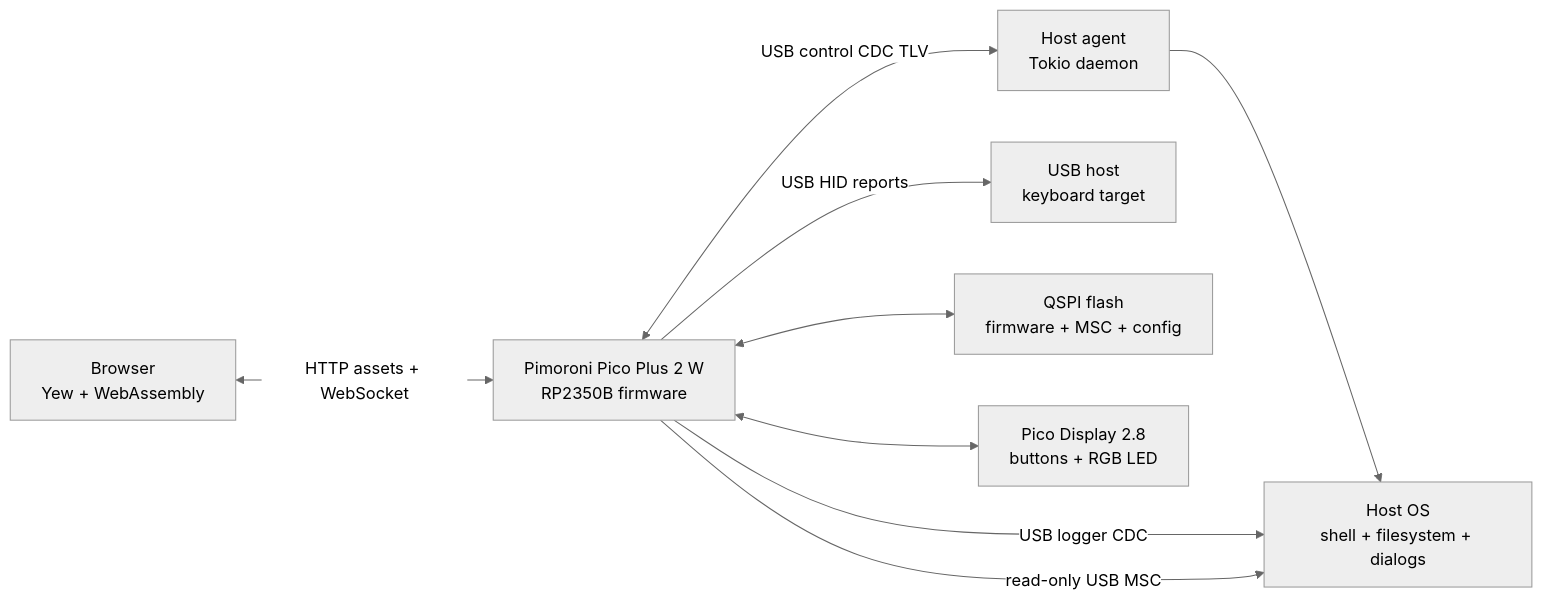
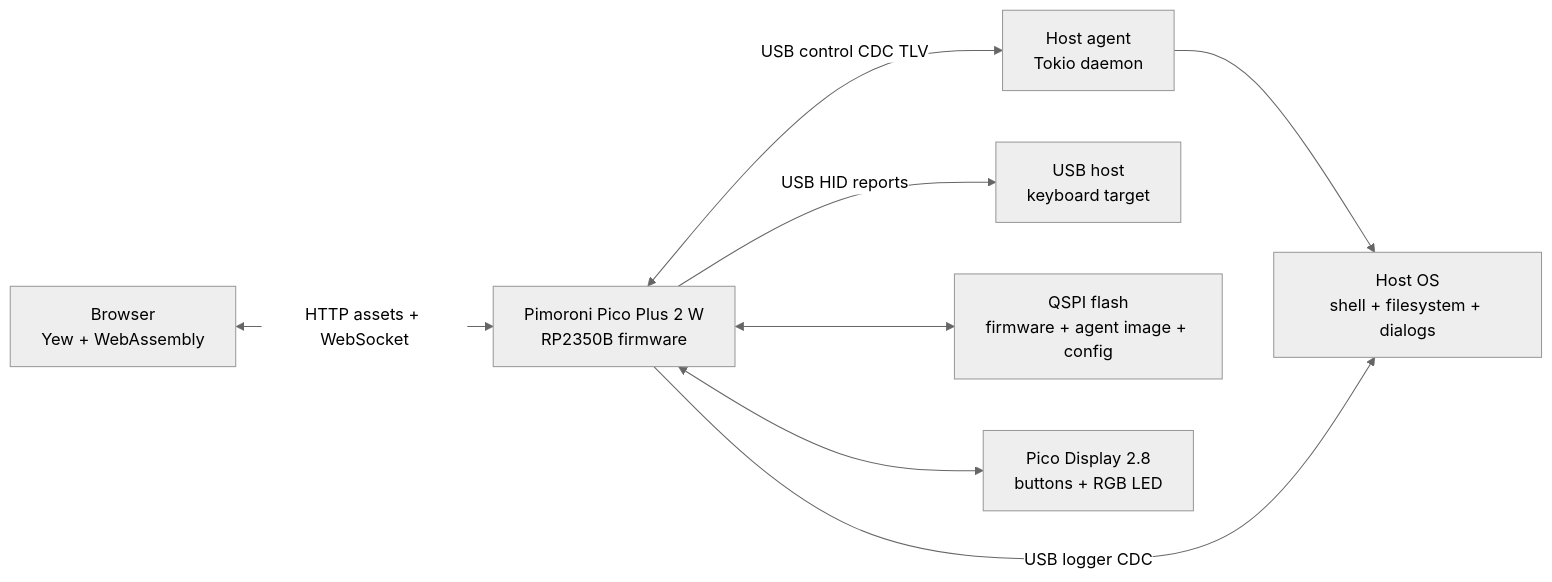
The first of 9 diagrams in docs/ARCHITECTURE.md (mapf0000/pico_plus_2w_blinky), drawn with Mermaid (neutral theme) before and after one commit. The commit also changed other lines of this file and 15 other files, not shown here.

````diff
--- a/docs/ARCHITECTURE.md
+++ b/docs/ARCHITECTURE.md
@@ -14,19 +14,18 @@
 ```mermaid
 flowchart LR
     Browser["Browser<br/>Yew + WebAssembly"]
     Pico["Pimoroni Pico Plus 2 W<br/>RP2350B firmware"]
     Agent["Host agent<br/>Tokio daemon"]
     HostOS["Host OS<br/>shell + filesystem + dialogs"]
     KeyboardTarget["USB host<br/>keyboard target"]
-    Flash["QSPI flash<br/>firmware + MSC + config"]
+    Flash["QSPI flash<br/>firmware + agent image + config"]
     Display["Pico Display 2.8<br/>buttons + RGB LED"]
 
     Browser <-->|HTTP assets + WebSocket| Pico
     Pico <-->|USB control CDC TLV| Agent
     Agent --> HostOS
     Pico -->|USB HID reports| KeyboardTarget
     Pico -->|USB logger CDC| HostOS
-    Pico -->|read-only USB MSC| HostOS
     Pico <--> Flash
     Pico <--> Display
 ```
````
